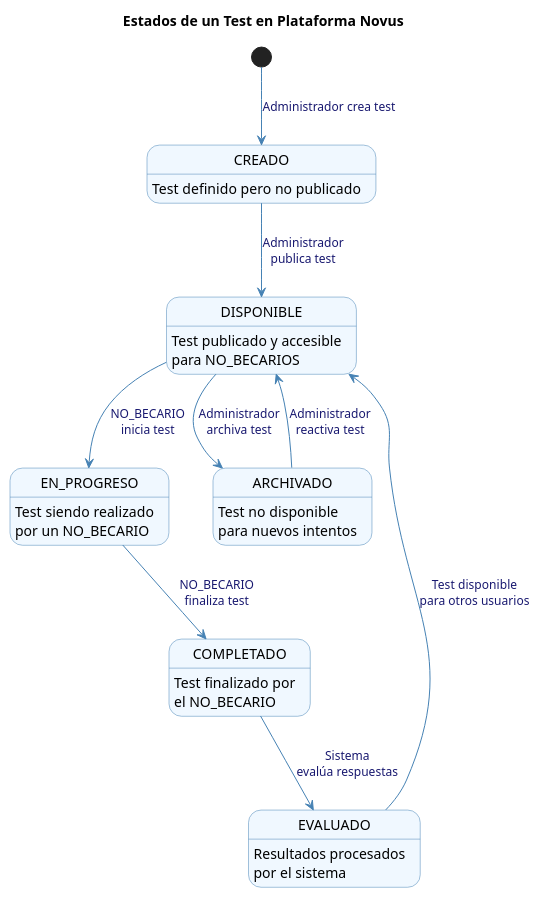
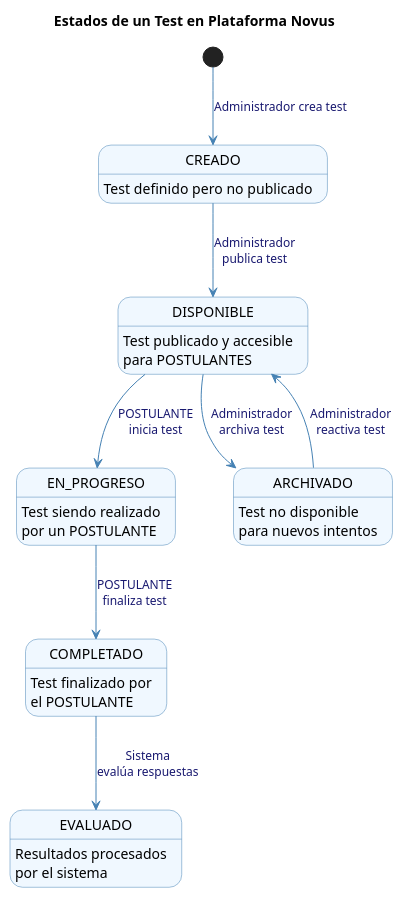
The diagram in modelo_del_dominio/diagramas_de_estados/estados_test.puml (Dievex/24-25-IdSw1-SDR), drawn with PlantUML before and after one commit. The commit also changed 3 other files, not shown here.

Commit message:
refactor(state-diagrams): rename NO_BECARIO to POSTULANTE and remove redundant transitions

```diff
--- a/modelo_del_dominio/diagramas_de_estados/estados_test.puml
+++ b/modelo_del_dominio/diagramas_de_estados/estados_test.puml
@@ -1,37 +1,35 @@
 @startuml Diagrama_de_Estados_Test
 skinparam {
     StateFontSize 14
     StateFontColor black
     StateBackgroundColor #f0f8ff
     StateBorderColor #4682b4
     ArrowColor #4682b4
     ArrowFontColor #191970
     ArrowFontSize 12
 }
 
 title Estados de un Test en Plataforma Novus
 
 [*] --> CREADO : Administrador crea test
 
 state CREADO : Test definido pero no publicado
-state DISPONIBLE : Test publicado y accesible\npara NO_BECARIOS
-state EN_PROGRESO : Test siendo realizado\npor un NO_BECARIO
-state COMPLETADO : Test finalizado por\nel NO_BECARIO
+state DISPONIBLE : Test publicado y accesible\npara POSTULANTES
+state EN_PROGRESO : Test siendo realizado\npor un POSTULANTE
+state COMPLETADO : Test finalizado por\nel POSTULANTE
 state EVALUADO : Resultados procesados\npor el sistema
 state ARCHIVADO : Test no disponible\npara nuevos intentos
 
 CREADO --> DISPONIBLE : Administrador\npublica test
 
-DISPONIBLE --> EN_PROGRESO : NO_BECARIO\ninicia test
+DISPONIBLE --> EN_PROGRESO : POSTULANTE\ninicia test
 
-EN_PROGRESO --> COMPLETADO : NO_BECARIO\nfinaliza test
+EN_PROGRESO --> COMPLETADO : POSTULANTE\nfinaliza test
 
 COMPLETADO --> EVALUADO : Sistema\nevalúa respuestas
-
-EVALUADO --> DISPONIBLE : Test disponible\npara otros usuarios
 
 DISPONIBLE --> ARCHIVADO : Administrador\narchiva test
 
 ARCHIVADO --> DISPONIBLE : Administrador\nreactiva test
 
 @enduml
```
